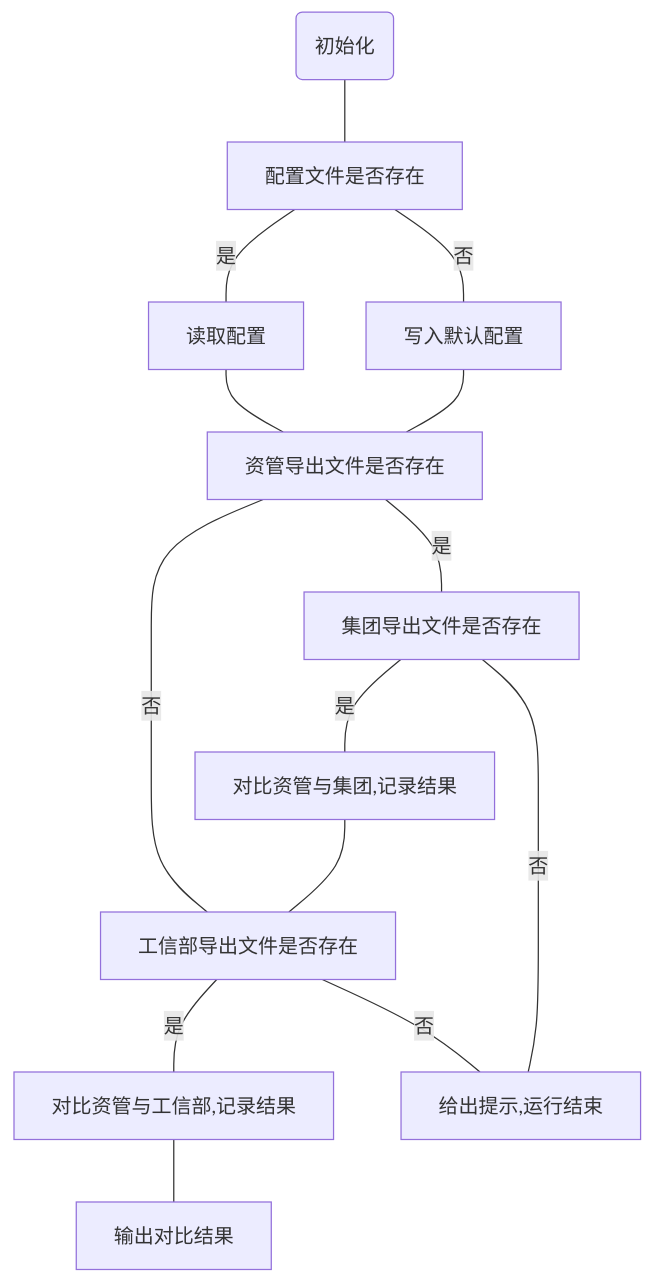
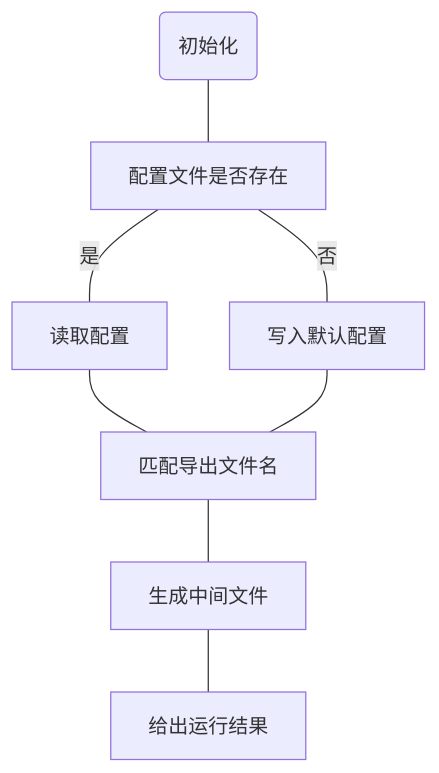
The diagram in ip-contrast/README.md (thianda/tools-ip-contrast), drawn with Mermaid before and after one commit. The commit also changed other lines of this file and 5 other files, not shown here.

````diff
--- a/ip-contrast/README.md
+++ b/ip-contrast/README.md
@@ -55,16 +53,10 @@
 ```mermaid
 graph TD
-A0(初始化)---A1[配置文件是否存在]
-A1---|是|B[读取配置]
-A1---|否|A2[写入默认配置]
-B---C[资管导出文件是否存在]
-A2---C
-C---|是|D[集团导出文件是否存在]
-C---|否|E[工信部导出文件是否存在]
-D---|是|R1[对比资管与集团,记录结果]
-E---|是|R2[对比资管与工信部,记录结果]
-E---|否|Z1[给出提示,运行结束]
-D---|否|Z1
-R1---E
-R2---R3[输出对比结果]
+Init(初始化)---A[配置文件是否存在]
+A---|是|B1[读取配置]
+A---|否|B2[写入默认配置]
+B1---C[匹配导出文件名]
+B2---C
+C---D[生成中间文件]
+D---End[给出运行结果]
 ```
````
